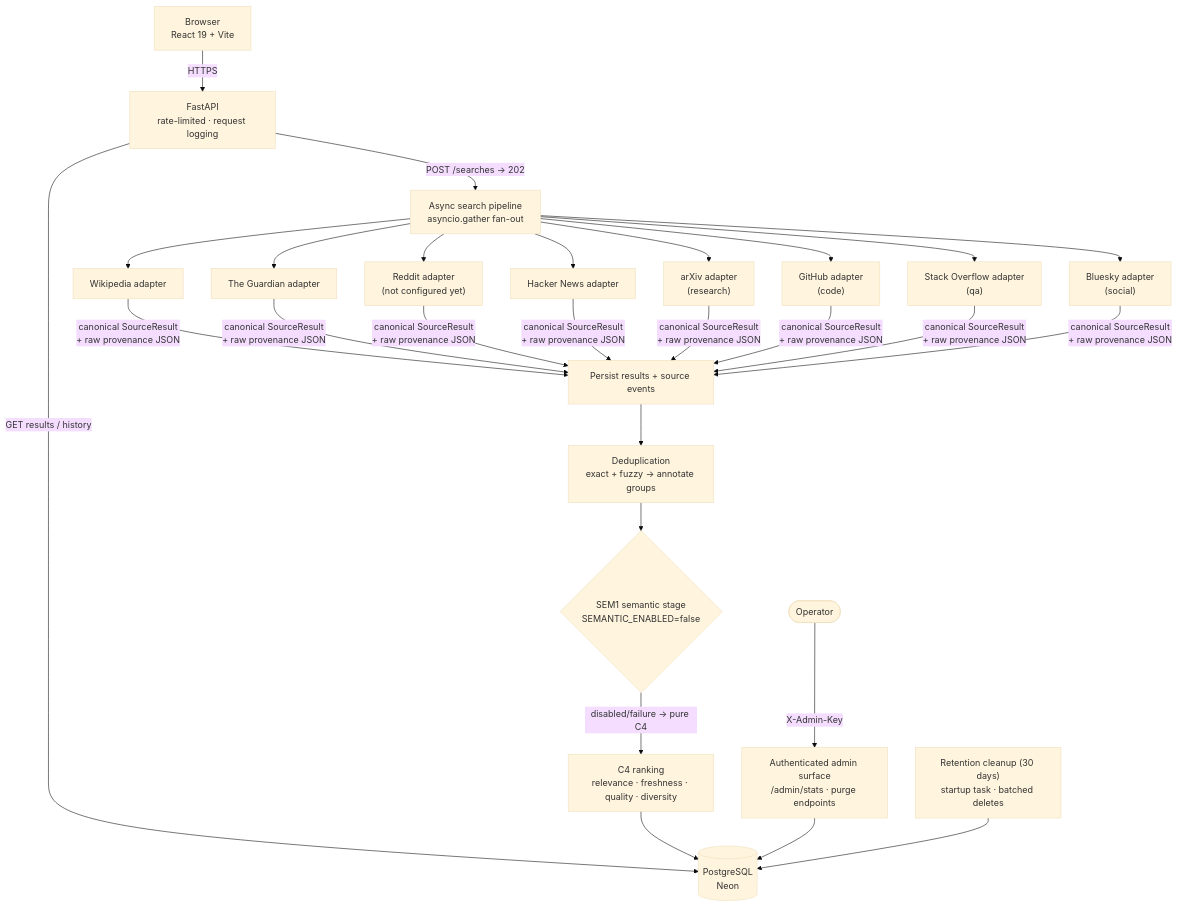
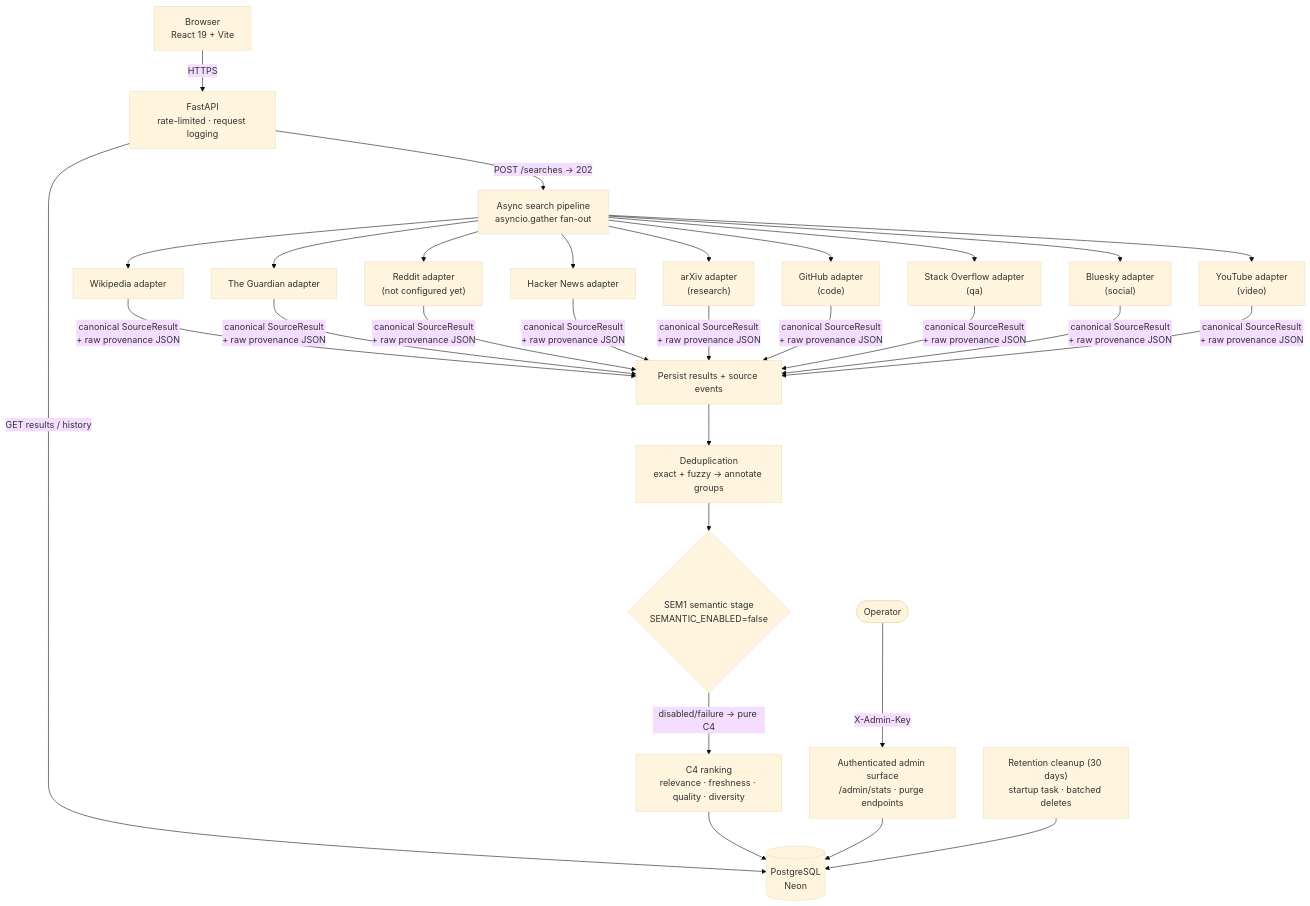
Before and after one commit to sktharunbalaji13-cmd/signalpulse: the diagram in README.md, drawn with Mermaid (base theme). The commit also changed other lines of this file and 20 other files, not shown here.

Commit message:
feat(M22.7): add YouTube video source with gated ranking evidence

````diff
--- a/README.md
+++ b/README.md
@@ -40,28 +40,29 @@
 ```mermaid
 flowchart TB
     B["Browser<br/>React 19 + Vite"] -->|"HTTPS"| API["FastAPI<br/>rate-limited · request logging"]
 
     API -->|"POST /searches → 202"| PIPE["Async search pipeline<br/>asyncio.gather fan-out"]
     API -->|"GET results / history"| DB[("PostgreSQL<br/>Neon")]
 
     PIPE --> W["Wikipedia adapter"]
     PIPE --> G["The Guardian adapter"]
     PIPE --> R["Reddit adapter<br/>(not configured yet)"]
     PIPE --> HN["Hacker News adapter"]
     PIPE --> AX["arXiv adapter<br/>(research)"]
     PIPE --> GH["GitHub adapter<br/>(code)"]
     PIPE --> SO["Stack Overflow adapter<br/>(qa)"]
     PIPE --> BS["Bluesky adapter<br/>(social)"]
+    PIPE --> YT["YouTube adapter<br/>(video)"]
 
-    W & G & R & HN & AX & GH & SO & BS -->|"canonical SourceResult<br/>+ raw provenance JSON"| PERSIST["Persist results + source events"]
+    W & G & R & HN & AX & GH & SO & BS & YT -->|"canonical SourceResult<br/>+ raw provenance JSON"| PERSIST["Persist results + source events"]
 
     PERSIST --> DEDUP["Deduplication<br/>exact + fuzzy → annotate groups"]
     DEDUP --> SEM{"SEM1 semantic stage<br/>SEMANTIC_ENABLED=false"}
     SEM -->|"disabled/failure → pure C4"| RANK["C4 ranking<br/>relevance · freshness · quality · diversity"]
     RANK --> DB
 
     ADMIN(["Operator"]) -->|"X-Admin-Key"| SEC["Authenticated admin surface<br/>/admin/stats · purge endpoints"]
     SEC --> DB
 
     CLEANUP["Retention cleanup (30 days)<br/>startup task · batched deletes"] --> DB
 ```
````
